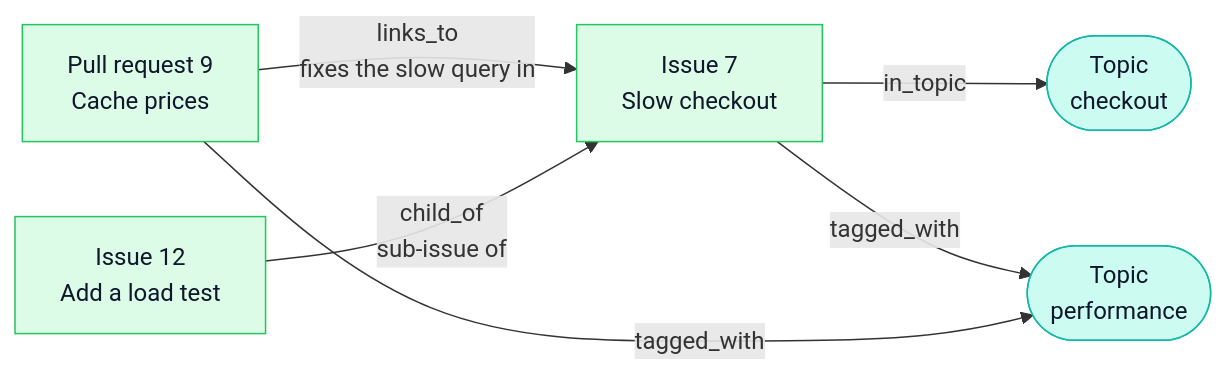
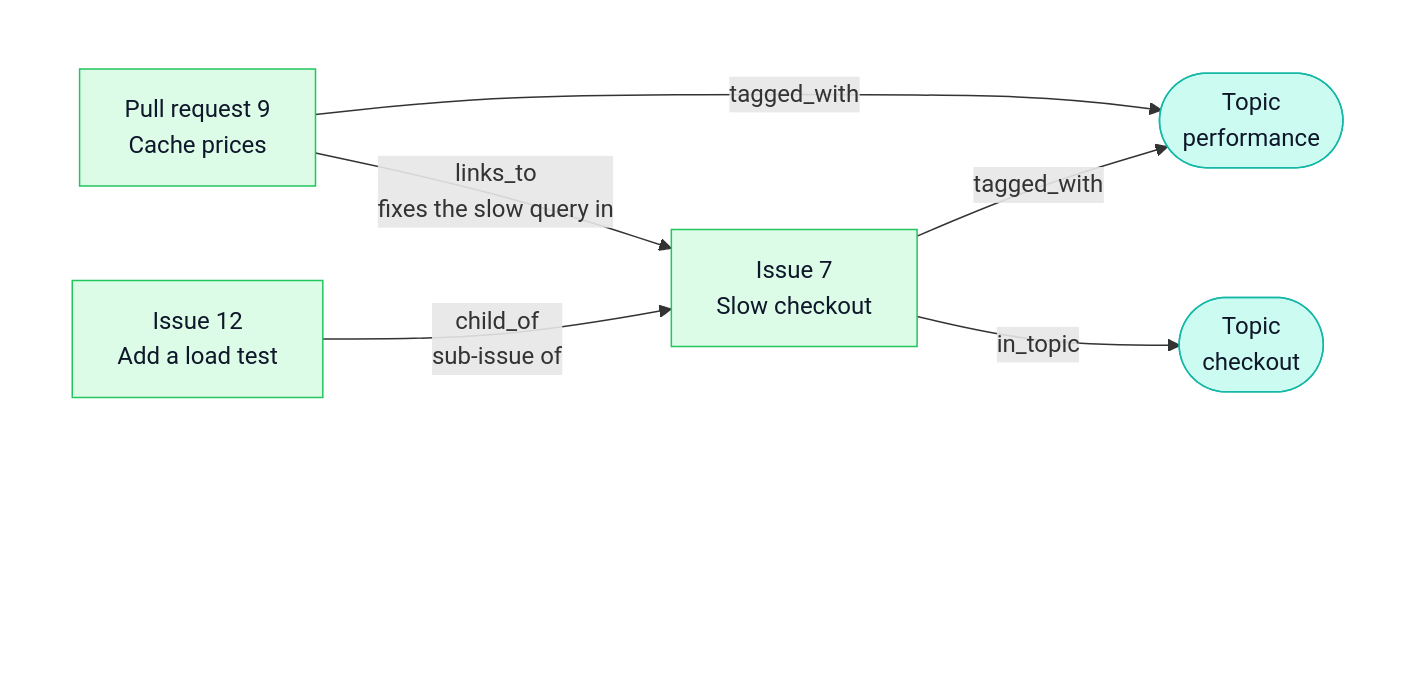
The second of 7 diagrams in README.md (umran/grafsol), drawn with Mermaid before and after one commit. The commit also changed other lines of this file, not shown here.

First line of the commit message:
Keep the diagrams clear of GitHub's zoom buttons

````diff
--- a/README.md
+++ b/README.md
@@ -101,17 +107,25 @@
 ```mermaid
-flowchart LR
-    pr["Pull request 9<br/>Cache prices"]:::doc
-    sub["Issue 12<br/>Add a load test"]:::doc
-    issue["Issue 7<br/>Slow checkout"]:::doc
-    checkout(["Topic<br/>checkout"]):::topic
-    perf(["Topic<br/>performance"]):::topic
+flowchart TB
+    subgraph all[" "]
+        direction LR
+        pr["Pull request 9<br/>Cache prices"]:::doc
+        sub["Issue 12<br/>Add a load test"]:::doc
+        issue["Issue 7<br/>Slow checkout"]:::doc
+        checkout(["Topic<br/>checkout"]):::topic
+        perf(["Topic<br/>performance"]):::topic
 
-    pr -- "links_to<br/>fixes the slow query in" --> issue
-    sub -- "child_of<br/>sub-issue of" --> issue
-    issue -- "in_topic" --> checkout
-    issue -- "tagged_with" --> perf
-    pr -- "tagged_with" --> perf
+        pr -- "links_to<br/>fixes the slow query in" --> issue
+        sub -- "child_of<br/>sub-issue of" --> issue
+        issue -- "in_topic" --> checkout
+        issue -- "tagged_with" --> perf
+        pr -- "tagged_with" --> perf
+    end
+
+    %% An empty row at the bottom: GitHub lays its zoom buttons over that corner.
+    all ~~~ corner["&nbsp;<br/>&nbsp;<br/>&nbsp;"]
 
     classDef doc fill:#dcfce7,stroke:#22c55e,color:#0f172a
     classDef topic fill:#ccfbf1,stroke:#14b8a6,color:#0f172a
+    style all fill:none,stroke:none
+    style corner fill:none,stroke:none
 ```
````
